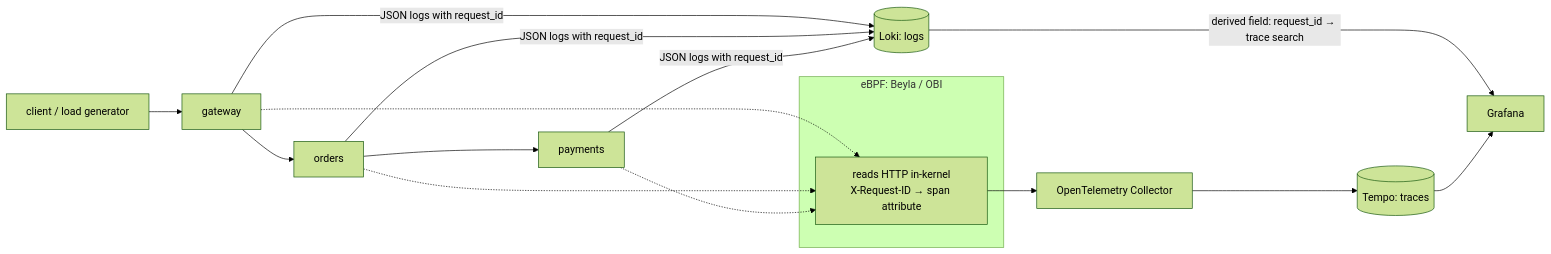
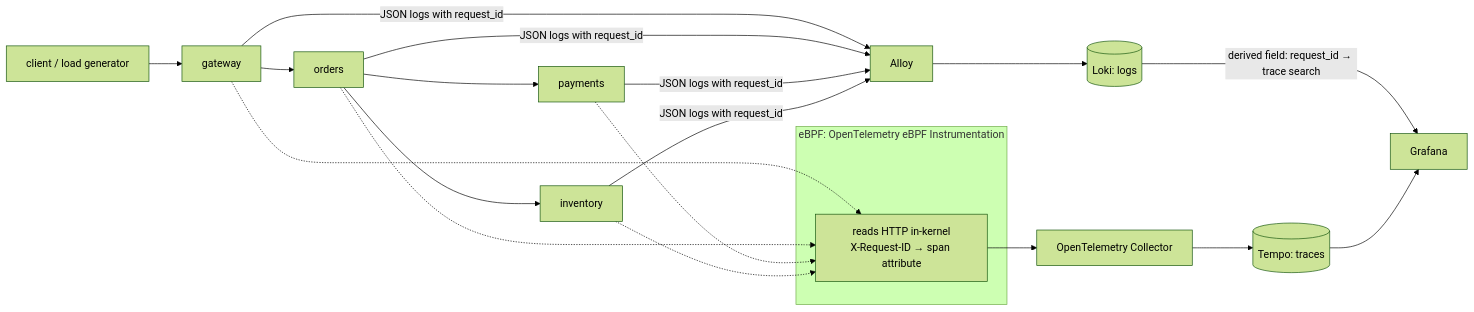
The diagram in README.md (agarwalvivek29/baton-relay), drawn with Mermaid (forest theme) before and after one commit. The commit also changed other lines of this file and 14 other files, not shown here.

````diff
--- a/README.md
+++ b/README.md
@@ -17,18 +17,20 @@
 ```mermaid
 flowchart LR
     U[client / load generator] --> A[gateway]
     A --> B[orders]
     B --> C[payments]
+    B --> D[inventory]
 
-    subgraph kernel [eBPF: Beyla / OBI]
+    subgraph kernel [eBPF: OpenTelemetry eBPF Instrumentation]
       K[reads HTTP in-kernel<br/>X-Request-ID → span attribute]
     end
     A -.-> K
     B -.-> K
     C -.-> K
+    D -.-> K
 
     K --> O[OpenTelemetry Collector] --> T[(Tempo: traces)]
-    A & B & C -- JSON logs with request_id --> L[(Loki: logs)]
+    A & B & C & D -- JSON logs with request_id --> Y[Alloy] --> L[(Loki: logs)]
     L -- "derived field: request_id → trace search" --> G[Grafana]
     T --> G
 ```
````
